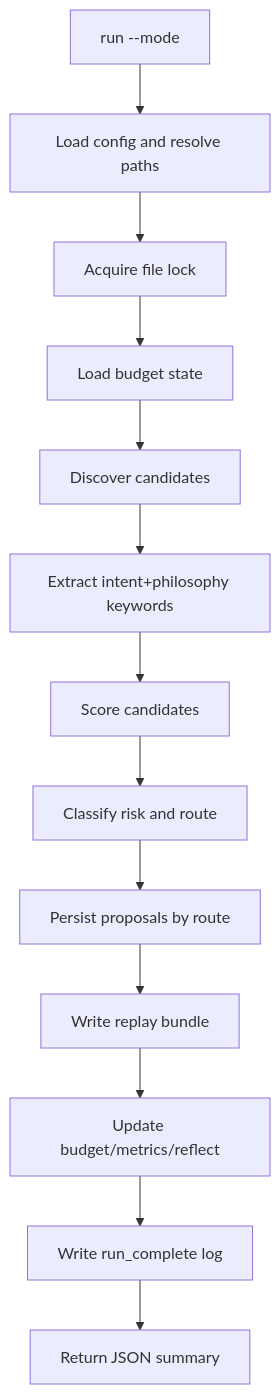
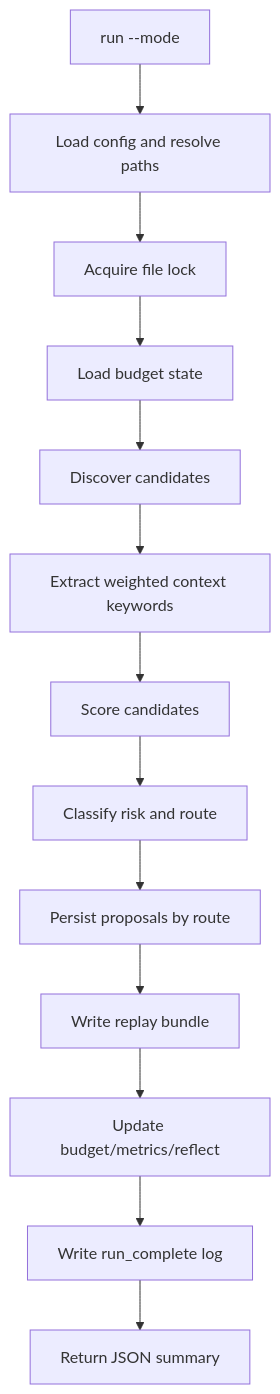
Before and after one commit to MaxLaurieHutchinson/Agent-autonomous-intention-engine: the diagram in docs/architecture/system-overview.md, drawn with Mermaid. The commit also changed other lines of this file and 28 other files, not shown here.

````diff
--- a/docs/architecture/system-overview.md
+++ b/docs/architecture/system-overview.md
@@ -27,15 +27,15 @@
 ```mermaid
 flowchart TD
     A[run --mode] --> B[Load config and resolve paths]
     B --> C[Acquire file lock]
     C --> D[Load budget state]
     D --> E[Discover candidates]
-    E --> F[Extract intent+philosophy keywords]
+    E --> F[Extract weighted context keywords]
     F --> G[Score candidates]
     G --> H[Classify risk and route]
     H --> I[Persist proposals by route]
     I --> J[Write replay bundle]
     J --> K[Update budget/metrics/reflect]
     K --> L[Write run_complete log]
     L --> M[Return JSON summary]
 ```
````
